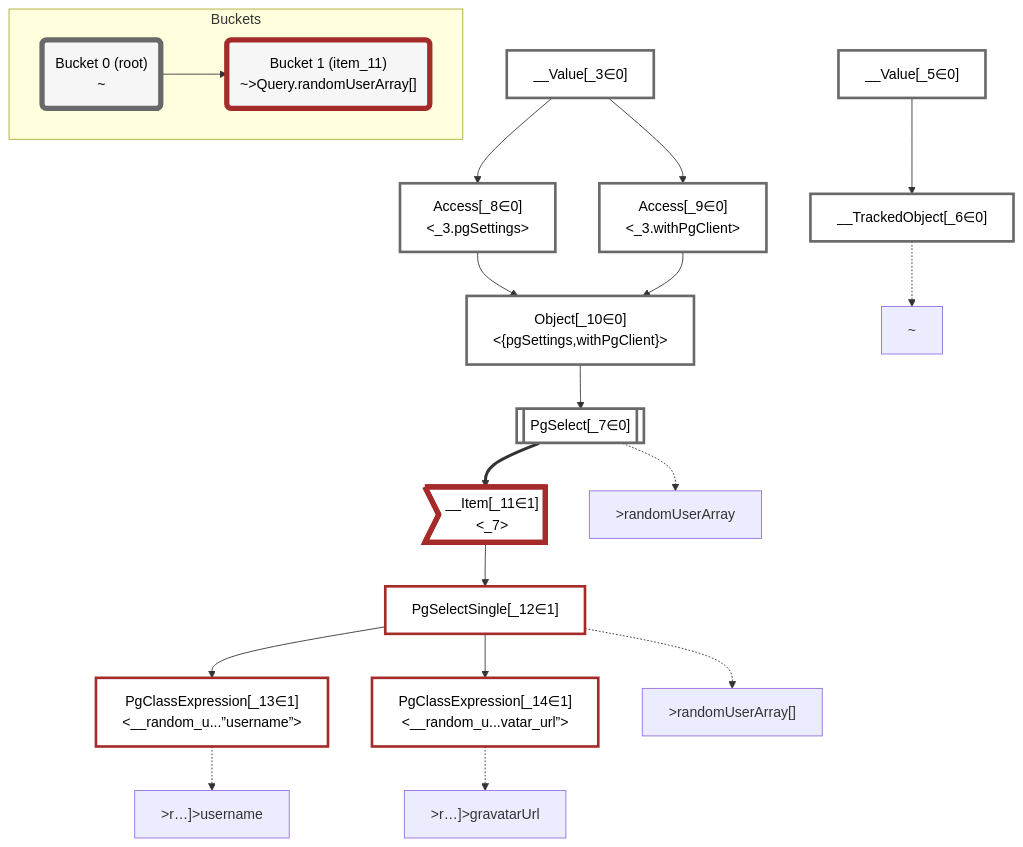
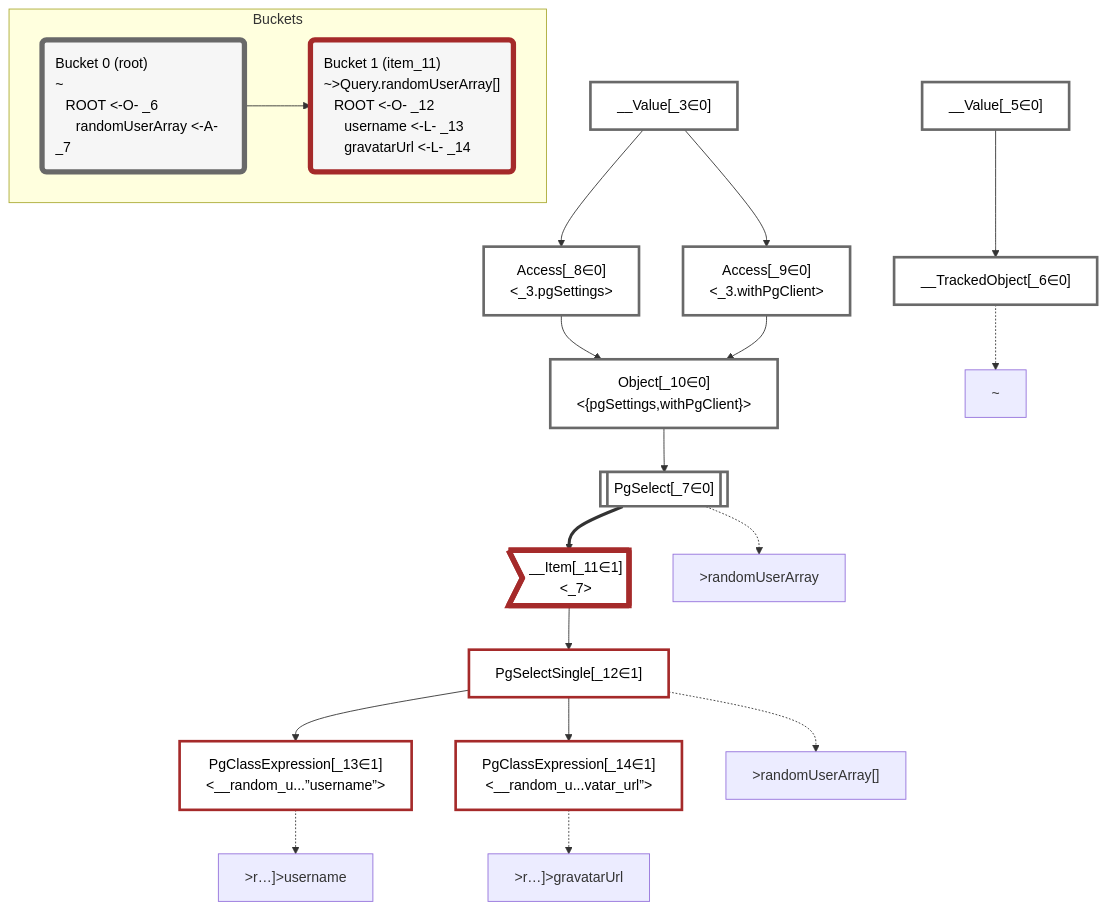
Before and after one commit to graphile/crystal: the diagram in packages/dataplan-pg/__tests__/queries/functions/custom-query-random-user-array.mermaid.md, drawn with Mermaid. The commit also changed 195 other files, not shown here.

````diff
--- a/packages/dataplan-pg/__tests__/queries/functions/custom-query-random-user-array.mermaid.md
+++ b/packages/dataplan-pg/__tests__/queries/functions/custom-query-random-user-array.mermaid.md
@@ -1,60 +1,60 @@
 ```mermaid
 graph TD
     classDef path fill:#eee,stroke:#000,color:#000
     classDef plan fill:#fff,stroke-width:3px,color:#000
     classDef itemplan fill:#fff,stroke-width:6px,color:#000
     classDef sideeffectplan fill:#f00,stroke-width:6px,color:#000
-    classDef bucket fill:#f6f6f6,color:#000,stroke-width:6px
+    classDef bucket fill:#f6f6f6,color:#000,stroke-width:6px,text-align:left
 
 
     %% define plans
     __Value_3["__Value[_3∈0]<br /><context>"]:::plan
     __Value_5["__Value[_5∈0]<br /><rootValue>"]:::plan
     __TrackedObject_6["__TrackedObject[_6∈0]"]:::plan
     PgSelect_7[["PgSelect[_7∈0]<br /><random_user_array>"]]:::plan
     Access_8["Access[_8∈0]<br /><_3.pgSettings>"]:::plan
     Access_9["Access[_9∈0]<br /><_3.withPgClient>"]:::plan
     Object_10["Object[_10∈0]<br /><{pgSettings,withPgClient}>"]:::plan
     __Item_11>"__Item[_11∈1]<br /><_7>"]:::itemplan
     PgSelectSingle_12["PgSelectSingle[_12∈1]<br /><random_user_array>"]:::plan
     PgClassExpression_13["PgClassExpression[_13∈1]<br /><__random_u...”username”>"]:::plan
     PgClassExpression_14["PgClassExpression[_14∈1]<br /><__random_u...vatar_url”>"]:::plan
 
     %% plan dependencies
     __Value_5 --> __TrackedObject_6
     Object_10 --> PgSelect_7
     __Value_3 --> Access_8
     __Value_3 --> Access_9
     Access_8 --> Object_10
     Access_9 --> Object_10
     PgSelect_7 ==> __Item_11
     __Item_11 --> PgSelectSingle_12
     PgSelectSingle_12 --> PgClassExpression_13
     PgSelectSingle_12 --> PgClassExpression_14
 
     %% plan-to-path relationships
     P_6["~"]
     __TrackedObject_6 -.-> P_6
     P_7[">randomUserArray"]
     PgSelect_7 -.-> P_7
     P_12[">randomUserArray[]"]
     PgSelectSingle_12 -.-> P_12
     P_13[">r…]>username"]
     PgClassExpression_13 -.-> P_13
     P_14[">r…]>gravatarUrl"]
     PgClassExpression_14 -.-> P_14
 
     %% allocate buckets
     classDef bucket0 stroke:#696969
     class __Value_3,__Value_5,__TrackedObject_6,PgSelect_7,Access_8,Access_9,Object_10 bucket0
     classDef bucket1 stroke:#a52a2a
     class __Item_11,PgSelectSingle_12,PgClassExpression_13,PgClassExpression_14 bucket1
 
     subgraph Buckets
-    Bucket0("Bucket 0 (root)<br />~"):::bucket
+    Bucket0("Bucket 0 (root)<br />~<br />⠀ROOT <-O- _6<br />⠀⠀randomUserArray <-A- _7"):::bucket
     style Bucket0 stroke:#696969
-    Bucket1("Bucket 1 (item_11)<br />~>Query.randomUserArray[]"):::bucket
+    Bucket1("Bucket 1 (item_11)<br />~>Query.randomUserArray[]<br />⠀ROOT <-O- _12<br />⠀⠀username <-L- _13<br />⠀⠀gravatarUrl <-L- _14"):::bucket
     style Bucket1 stroke:#a52a2a
     Bucket0 --> Bucket1
     end
 ```
````
